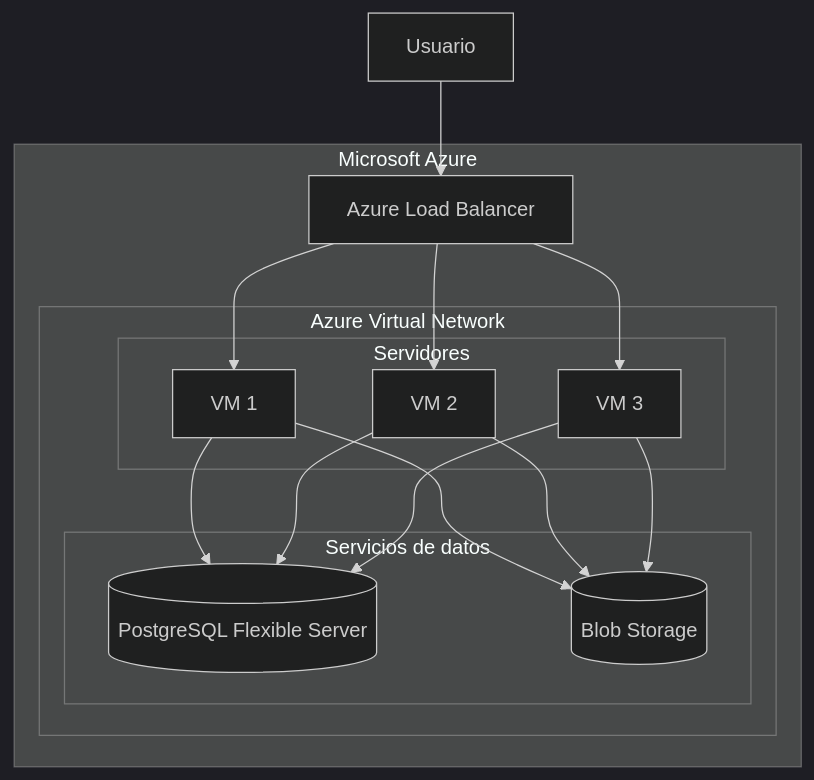
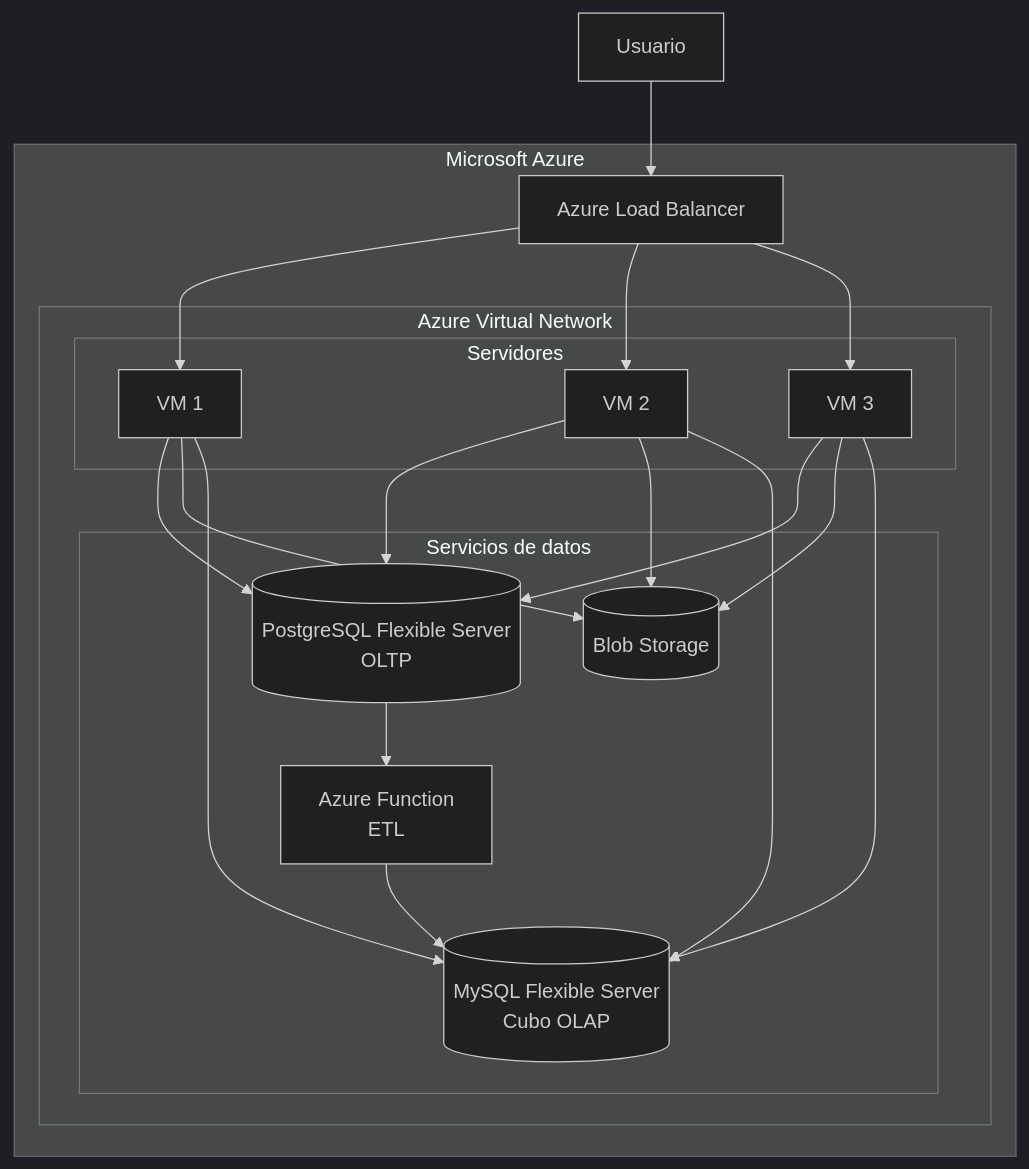
The diagram in docs/Arquitectura_nube.md (gamerOZZY/CloudSAE), drawn with Mermaid (dark theme) before and after one commit. The commit also changed other lines of this file and 5 other files, not shown here.

````diff
--- a/docs/Arquitectura_nube.md
+++ b/docs/Arquitectura_nube.md
@@ -13,36 +13,48 @@
 ```mermaid
 flowchart TB
     User[Usuario]
     
     subgraph Azure ["Microsoft Azure"]
         LB[Azure Load Balancer]
         
         subgraph VNet ["Azure Virtual Network"]
             
             subgraph WebSubnet ["Servidores"]
                 VM1[VM 1]
                 VM2[VM 2]
                 VM3[VM 3]
             end
             
             subgraph DataSubnet ["Servicios de datos"]
-                DB[(PostgreSQL Flexible Server)]
+                DB[(PostgreSQL Flexible Server<br/>OLTP)]
                 BS[(Blob Storage)]
+                ETL[Azure Function<br/>ETL]
+                OLAP[(MySQL Flexible Server<br/>Cubo OLAP)]
             end
             
         end
     end
 
     User --> LB
+
     LB --> VM1
     LB --> VM2
     LB --> VM3
-    
+
     VM1 --> DB
     VM2 --> DB
     VM3 --> DB
-    
+
     VM1 --> BS
     VM2 --> BS
     VM3 --> BS
+
+    %% ETL
+    DB --> ETL
+    ETL --> OLAP
+
+    %% Consultas analíticas
+    VM1 --> OLAP
+    VM2 --> OLAP
+    VM3 --> OLAP
 ```
````
